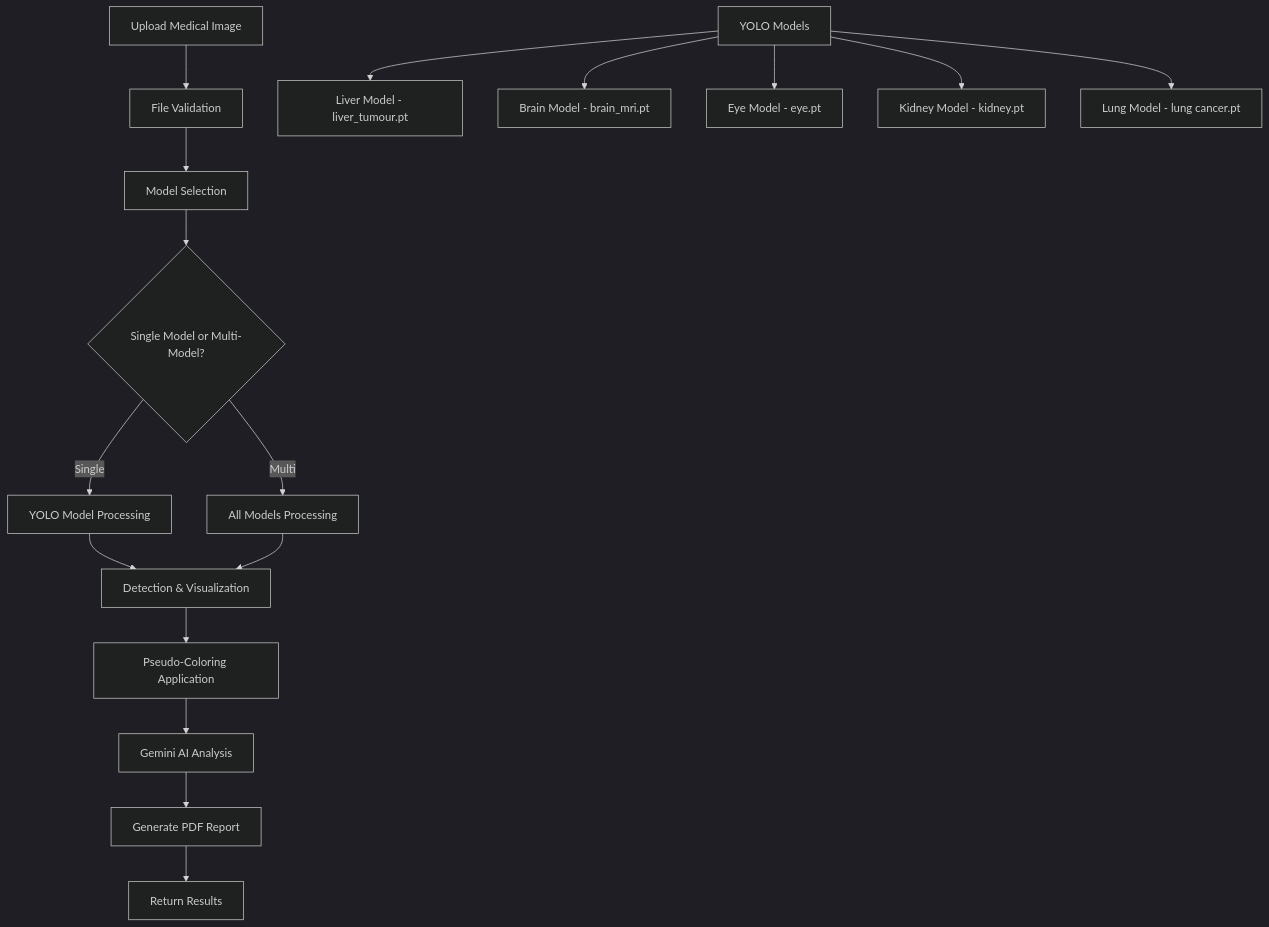
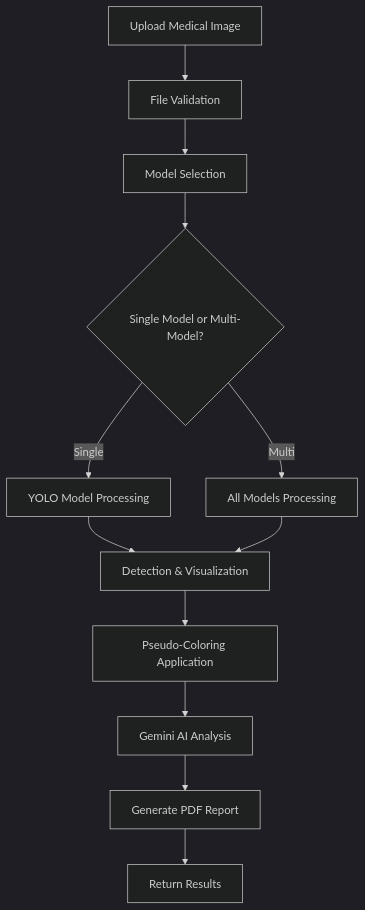
One commit to kknani24/medicure-ai- changed the first of 2 diagrams in README.md. Above: the diagram before and after it, drawn with Mermaid (dark theme). The commit also changed other lines of this file, not shown here.

````diff
--- a/README.md
+++ b/README.md
@@ -75,24 +79,15 @@
 ```mermaid
 graph TD
     A[Upload Medical Image] --> B[File Validation]
     B --> C[Model Selection]
     C --> D{Single Model or Multi-Model?}
     D -->|Single| E[YOLO Model Processing]
     D -->|Multi| F[All Models Processing]
     E --> G[Detection & Visualization]
     F --> G
     G --> H[Pseudo-Coloring Application]
     H --> I[Gemini AI Analysis]
     I --> J[Generate PDF Report]
     J --> K[Return Results]
 
-
-
-
-
-    L[YOLO Models] --> M[Liver Model - liver_tumour.pt]
-    L --> N[Brain Model - brain_mri.pt]
-    L --> O[Eye Model - eye.pt]
-    L --> P[Kidney Model - kidney.pt]
-    L --> Q[Lung Model - lung cancer.pt]
 ```
````
